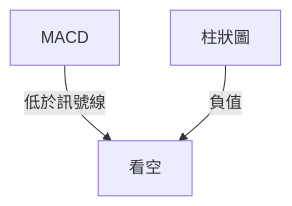
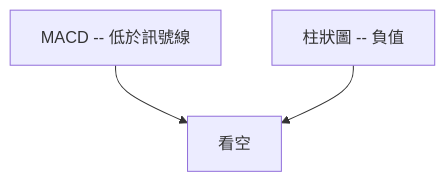
Before and after one commit to yennanliu/finance_data: the seventh of 10 diagrams in ai_gen_report/stock/onds/technical_analysis_2026-03-29_openai.md, drawn with Mermaid. The commit also changed other lines of this file and 2258 other files, not shown here.

First line of the commit message:
chore: backfill Mermaid syntax repair across existing reports

````diff
--- a/ai_gen_report/stock/onds/technical_analysis_2026-03-29_openai.md
+++ b/ai_gen_report/stock/onds/technical_analysis_2026-03-29_openai.md
@@ -236,5 +236,5 @@
 ```mermaid
 graph TD
-    MACD -- 低於訊號線 --> 看空
-    柱狀圖 -- 負值 --> 看空
+    nb1["MACD -- 低於訊號線"] --> 看空
+    nb2["柱狀圖 -- 負值"] --> 看空
 ```
````
